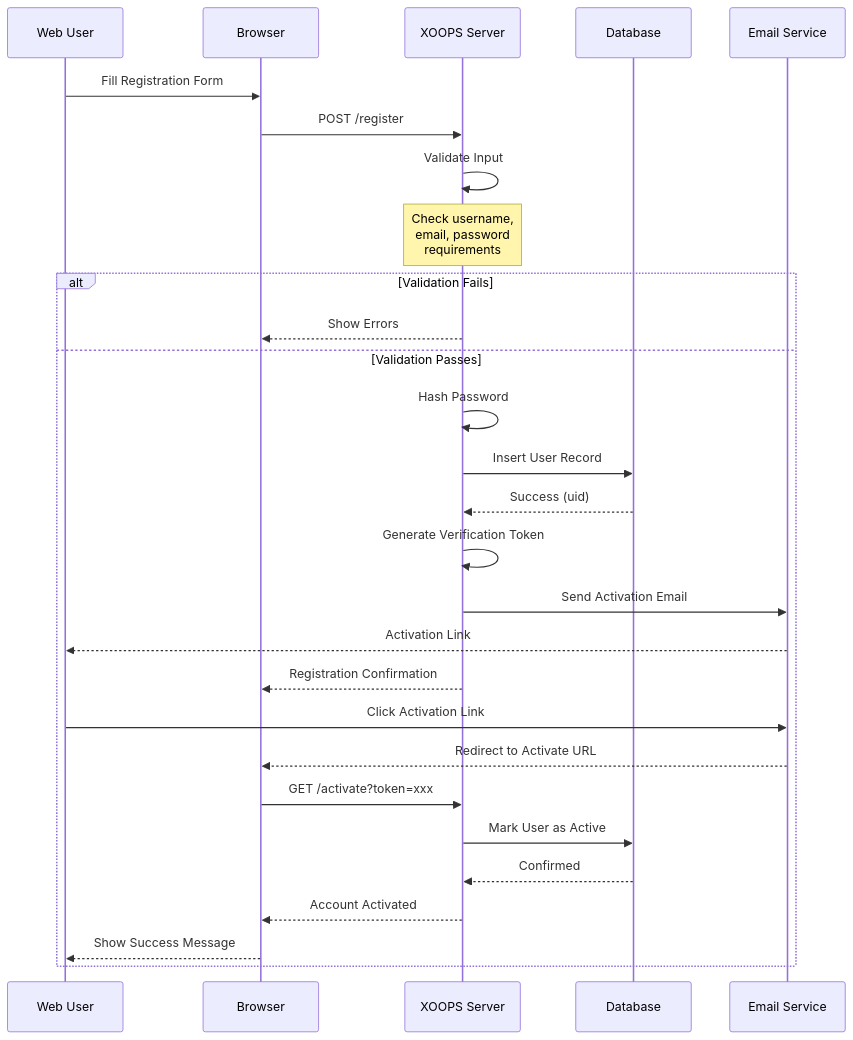
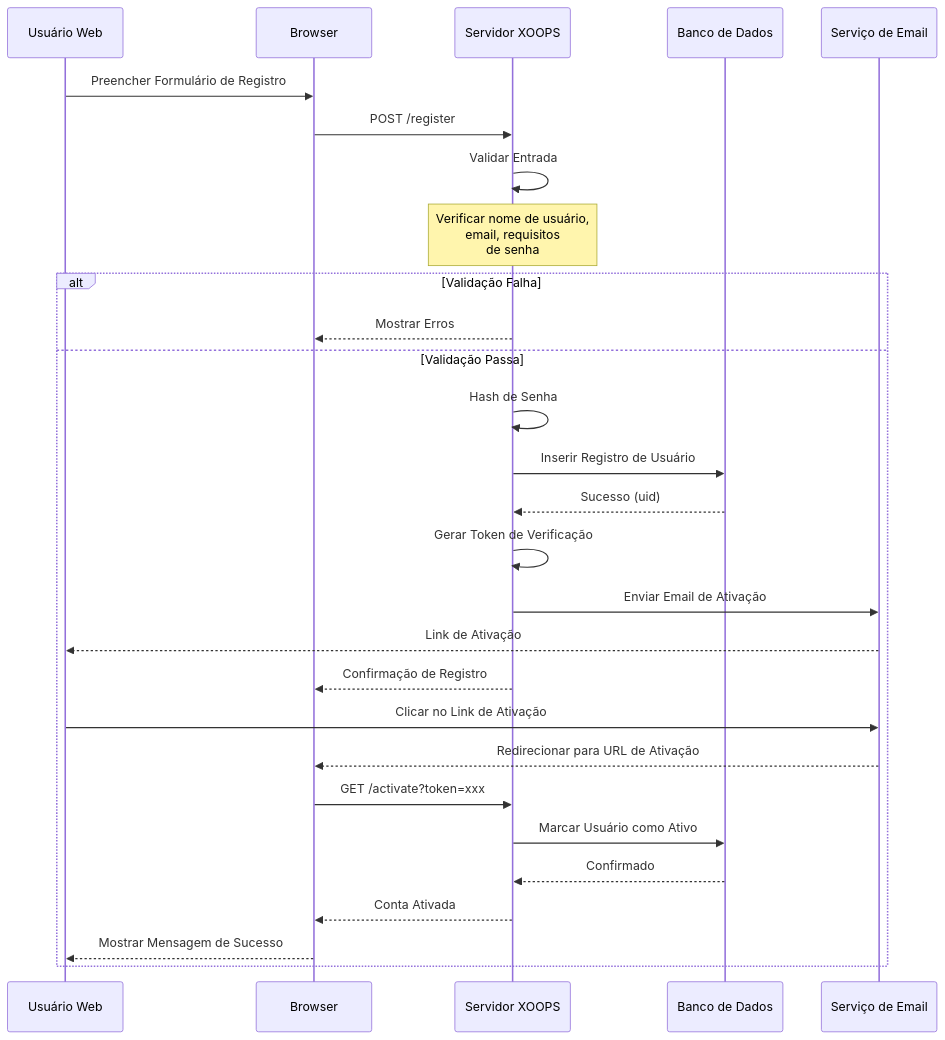
The first of 2 diagrams in apps/docs-27/src/content/docs/pt/core-concepts/users/management.md (mambax7/xoops-docs), drawn with Mermaid before and after one commit. The commit also changed other lines of this file and 162 other files, not shown here.

````diff
--- a/apps/docs-27/src/content/docs/pt/core-concepts/users/management.md
+++ b/apps/docs-27/src/content/docs/pt/core-concepts/users/management.md
@@ -77,38 +77,38 @@
 ```mermaid
 sequenceDiagram
-    participant User as Web User
+    participant User as Usuário Web
     participant Browser
-    participant Server as XOOPS Server
-    participant DB as Database
-    participant Email as Email Service
+    participant Server as Servidor XOOPS
+    participant DB as Banco de Dados
+    participant Email as Serviço de Email
 
-    User->>Browser: Fill Registration Form
+    User->>Browser: Preencher Formulário de Registro
     Browser->>Server: POST /register
 
-    Server->>Server: Validate Input
-    note over Server: Check username,<br/>email, password<br/>requirements
+    Server->>Server: Validar Entrada
+    note over Server: Verificar nome de usuário,<br/>email, requisitos<br/>de senha
 
-    alt Validation Fails
-        Server-->>Browser: Show Errors
-    else Validation Passes
-        Server->>Server: Hash Password
-        Server->>DB: Insert User Record
-        DB-->>Server: Success (uid)
+    alt Validação Falha
+        Server-->>Browser: Mostrar Erros
+    else Validação Passa
+        Server->>Server: Hash de Senha
+        Server->>DB: Inserir Registro de Usuário
+        DB-->>Server: Sucesso (uid)
 
-        Server->>Server: Generate Verification Token
-        Server->>Email: Send Activation Email
-        Email-->>User: Activation Link
+        Server->>Server: Gerar Token de Verificação
+        Server->>Email: Enviar Email de Ativação
+        Email-->>User: Link de Ativação
 
-        Server-->>Browser: Registration Confirmation
+        Server-->>Browser: Confirmação de Registro
 
-        User->>Email: Click Activation Link
-        Email-->>Browser: Redirect to Activate URL
+        User->>Email: Clicar no Link de Ativação
+        Email-->>Browser: Redirecionar para URL de Ativação
         Browser->>Server: GET /activate?token=xxx
 
-        Server->>DB: Mark User as Active
-        DB-->>Server: Confirmed
+        Server->>DB: Marcar Usuário como Ativo
+        DB-->>Server: Confirmado
 
-        Server-->>Browser: Account Activated
-        Browser-->>User: Show Success Message
+        Server-->>Browser: Conta Ativada
+        Browser-->>User: Mostrar Mensagem de Sucesso
     end
 ```
````
